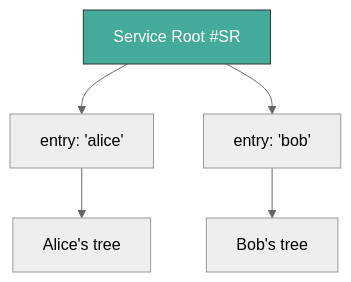
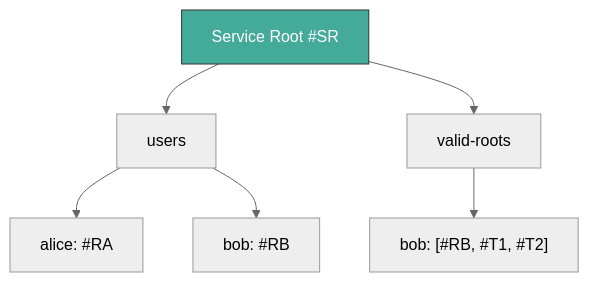
One commit to jclaggett/dacite changed the eighth of 9 diagrams in docs/authorization-design.md. Above: the diagram before and after it, drawn with Mermaid (neutral theme). The commit also changed other lines of this file, not shown here.

First line of the commit message:
Refine PR primitive: proof chain token with #PC claim flow

````diff
--- a/docs/authorization-design.md
+++ b/docs/authorization-design.md
@@ -439,8 +458,9 @@
 ```mermaid
 graph TD
-    SR["Service Root #SR"] --> AE["entry: 'alice'"]
-    SR --> BE["entry: 'bob'"]
-    AE --> AT["Alice's tree"]
-    BE --> BT["Bob's tree"]
+    SR["Service Root #SR"] --> U["users"]
+    SR --> VR["valid-roots"]
+    U --> AE["alice: #RA"]
+    U --> BE["bob: #RB"]
+    VR --> BT["bob: [#RB, #T1, #T2]"]
     style SR fill:#4a9,stroke:#333,color:#fff
 ```
````
